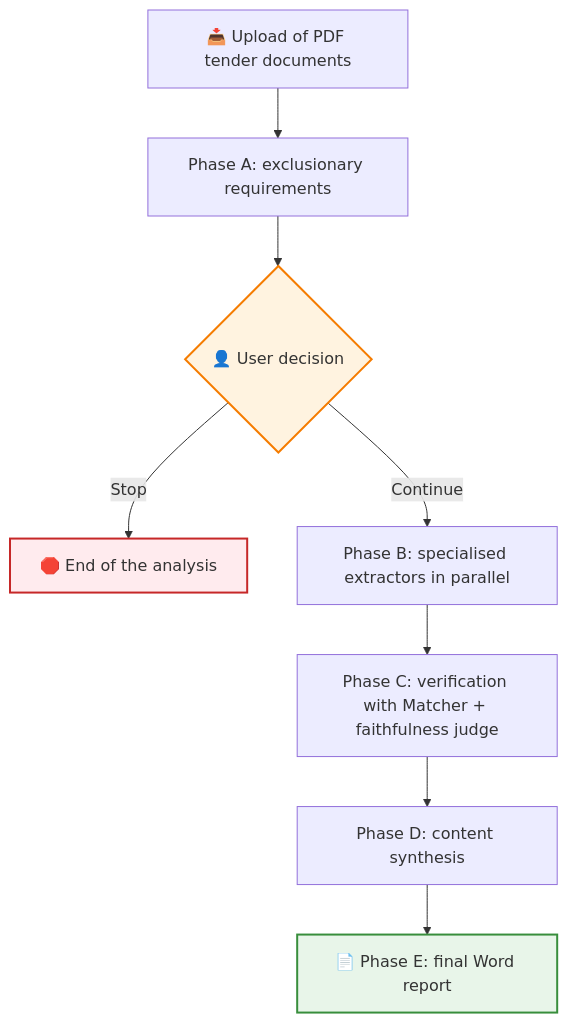
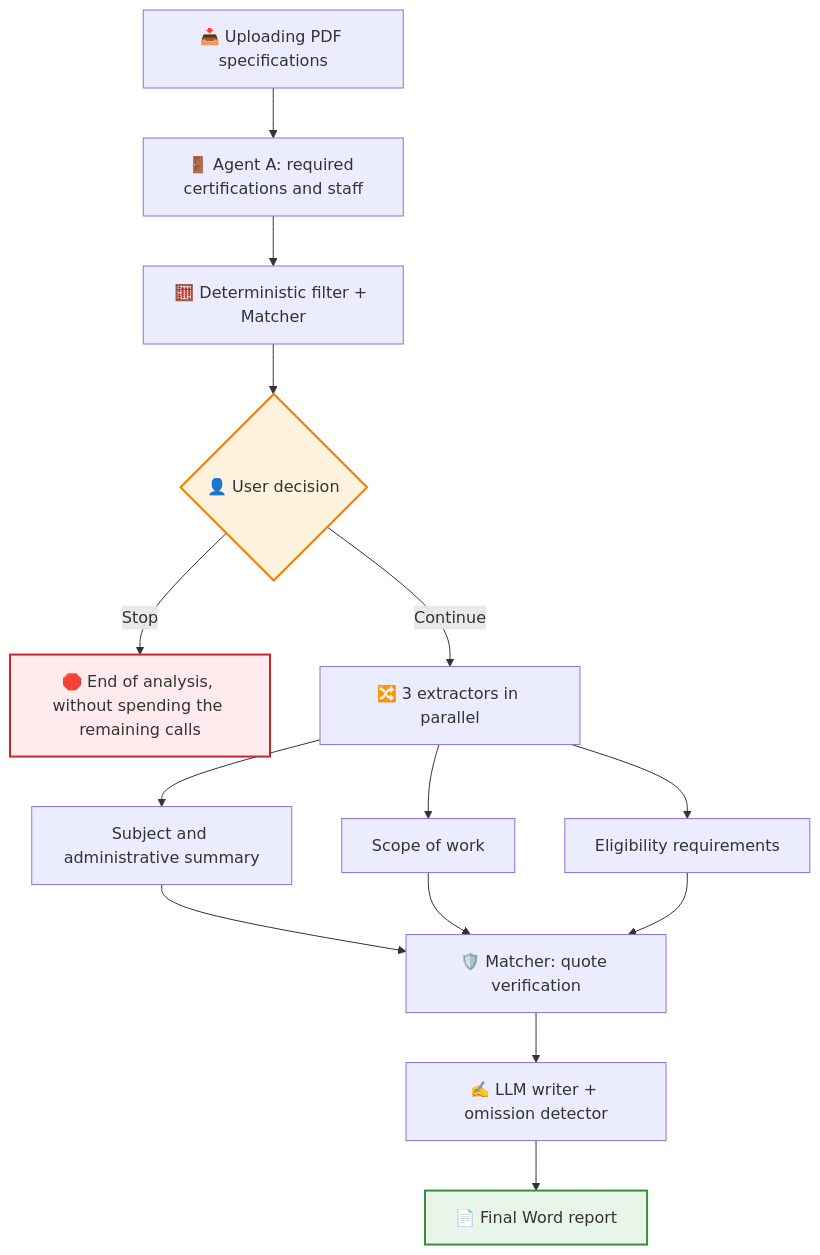
One commit to ivanher97/Licitaciones_Agentes_CTIngenieros changed the first of 3 diagrams in README.md. Above: the diagram before and after it, drawn with Mermaid. The commit also changed other lines of this file, not shown here.

````diff
--- a/README.md
+++ b/README.md
@@ -29,14 +29,18 @@
 ```mermaid
 flowchart TD
-    A[📥 Upload of PDF tender documents] --> B[Phase A: exclusionary requirements]
-    B --> C{👤 User decision}
-    C -->|Stop| X[🛑 End of the analysis]
-    C -->|Continue| D[Phase B: specialised extractors in parallel]
-    D --> E[Phase C: verification with Matcher + faithfulness judge]
-    E --> F[Phase D: content synthesis]
-    F --> G[📄 Phase E: final Word report]
+    A[📥 Uploading PDF specifications] --> B[🚪 Agent A: required certifications and staff]
+    B --> FA[🧮 Deterministic filter + Matcher]
+    FA --> C{👤 User decision}
+    C -->|Stop| X[🛑 End of analysis, without spending the remaining calls]
+    C -->|Continue| D[🔀 3 extractors in parallel]
+    D --> E1[Subject and administrative summary]
+    D --> E2[Scope of work]
+    D --> E3[Eligibility requirements]
+    E1 & E2 & E3 --> M[🛡️ Matcher: quote verification]
+    M --> R[✍️ LLM writer + omission detector]
+    R --> F[📄 Final Word report]
 
     style C fill:#fff3e0,stroke:#f57c00,stroke-width:2px
-    style G fill:#e8f5e9,stroke:#388e3c,stroke-width:2px
+    style F fill:#e8f5e9,stroke:#388e3c,stroke-width:2px
     style X fill:#ffebee,stroke:#c62828,stroke-width:2px
 ```
````
